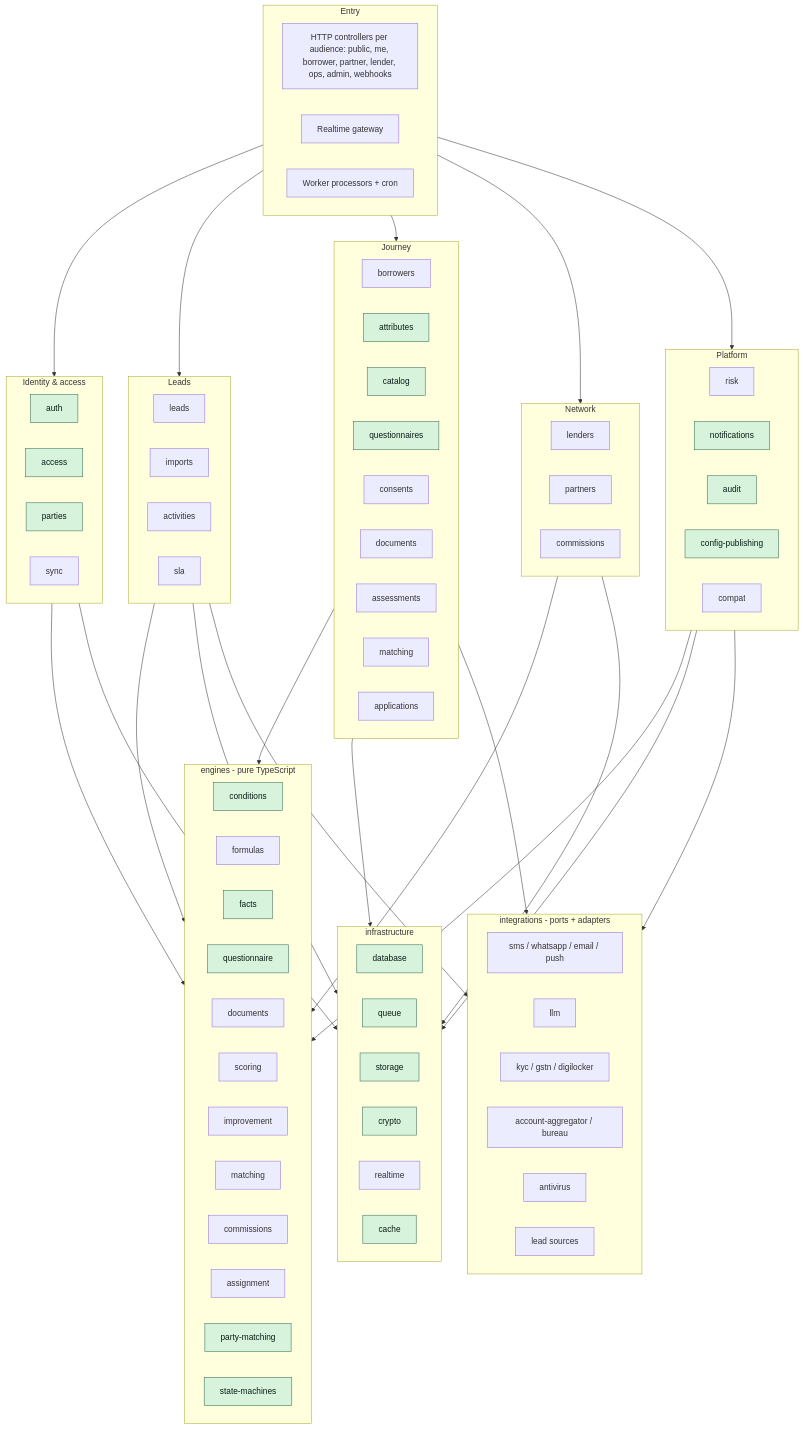
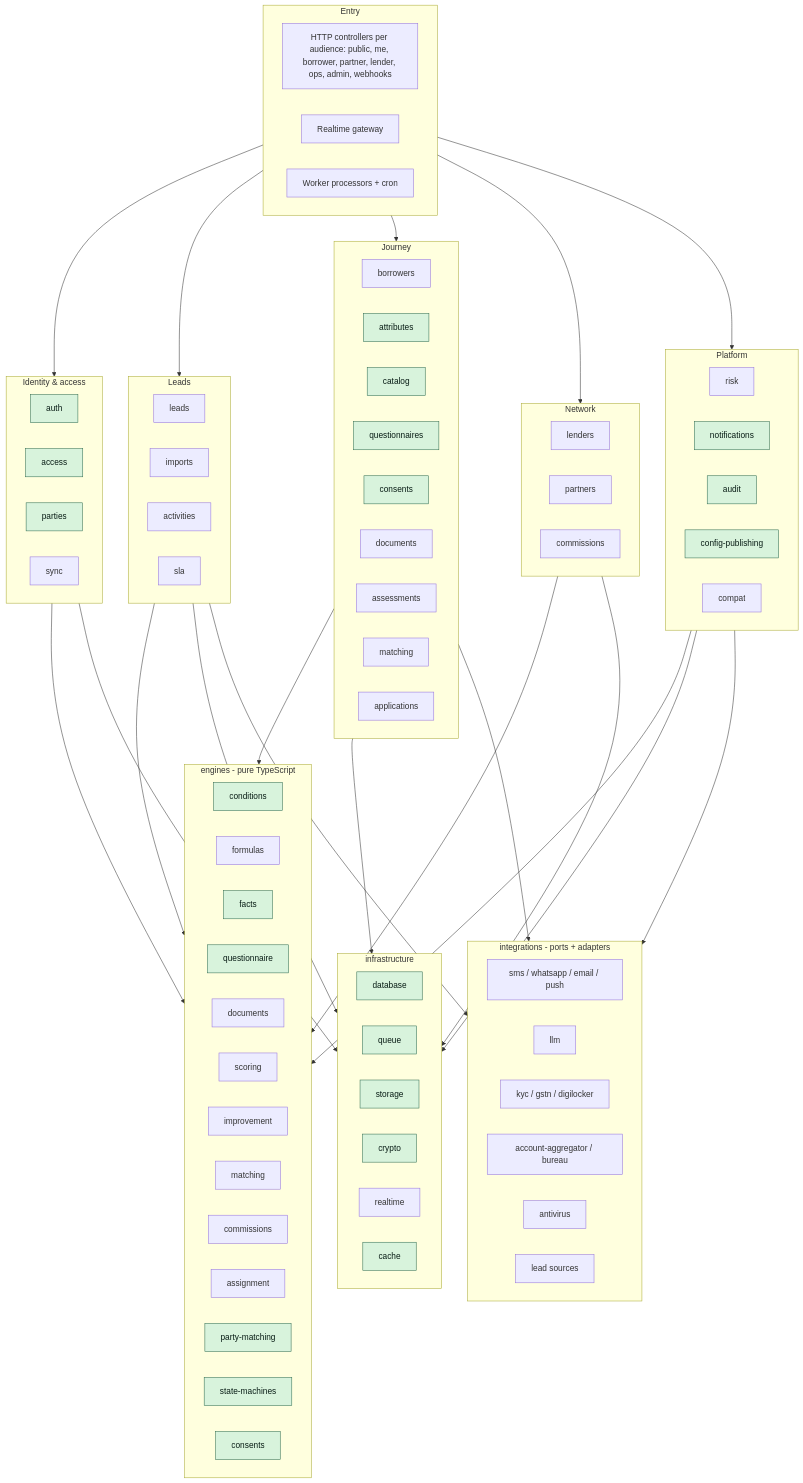
Before and after one commit to Shaikhfaruk/fundenflo: the second of 13 diagrams in docs/ARCHITECTURE.md, drawn with Mermaid. The commit also changed other lines of this file and 66 other files, not shown here.

````diff
--- a/docs/ARCHITECTURE.md
+++ b/docs/ARCHITECTURE.md
@@ -121,6 +121,7 @@
     assignment
     partyMatching[party-matching]
     stateMachines[state-machines]
+    consentFold[consents]
   end
   subgraph Infra[infrastructure]
     database
@@ -157,5 +158,5 @@
   LeadsGroup --> Ports
   Platform --> Ports
   classDef built fill:#d8f3dc,stroke:#2d6a4f,color:#081c15
-  class auth,access,parties,catalog,attributes,questionnaires,notifications,audit,configPublishing,conditions,facts,questionnaire,partyMatching,stateMachines,database,queue,storage,crypto,cache built
+  class auth,access,parties,catalog,attributes,questionnaires,consents,notifications,audit,configPublishing,conditions,facts,questionnaire,partyMatching,stateMachines,consentFold,database,queue,storage,crypto,cache built
 ```
````
